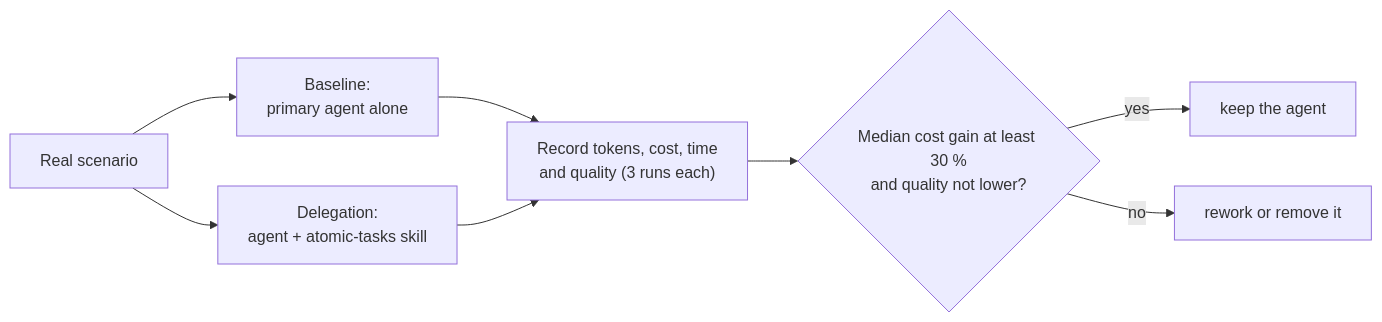
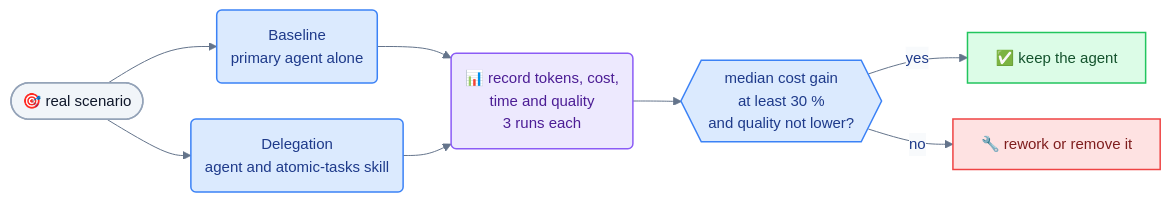
The diagram in docs/evaluation.md (HW-Agents-Forge/general-agents), drawn with Mermaid before and after one commit. The commit also changed 9 other files, not shown here.

First line of the commit message:
Modernize the Mermaid diagrams: shared palette, hexagon decisions, cleaner layouts

````diff
--- a/docs/evaluation.md
+++ b/docs/evaluation.md
@@ -11,10 +11,25 @@
 ```mermaid
+%%{init: {"theme":"base","themeVariables":{"fontFamily":"ui-sans-serif, system-ui, -apple-system, Segoe UI, Helvetica, Arial, sans-serif","fontSize":"15px","textColor":"#1e293b","lineColor":"#64748b","primaryColor":"#dbeafe","primaryBorderColor":"#3b82f6","primaryTextColor":"#1e3a8a","secondaryColor":"#ede9fe","tertiaryColor":"#f8fafc","edgeLabelBackground":"#f8fafc","clusterBkg":"#f8fafc","clusterBorder":"#cbd5e1","titleColor":"#334155"},"flowchart":{"curve":"basis","padding":14,"nodeSpacing":36,"rankSpacing":48,"htmlLabels":true}}}%%
 flowchart LR
-    S["Real scenario"] --> B["Baseline:<br/>primary agent alone"]
-    S --> D["Delegation:<br/>agent + atomic-tasks skill"]
-    B --> M["Record tokens, cost, time<br/>and quality (3 runs each)"]
-    D --> M
-    M --> G{"Median cost gain at least 30 %<br/>and quality not lower?"}
-    G -- yes --> K["keep the agent"]
-    G -- no --> W["rework or remove it"]
+    S(["🎯 real scenario"]) --> BL("Baseline<br/>primary agent alone")
+    S --> DL("Delegation<br/>agent and atomic-tasks skill")
+    BL --> M("📊 record tokens, cost,<br/>time and quality<br/>3 runs each")
+    DL --> M
+    M --> G{{"median cost gain<br/>at least 30 %<br/>and quality not lower?"}}
+    G -- "yes" --> K["✅ keep the agent"]
+    G -- "no" --> W["🔧 rework or remove it"]
+
+    classDef src fill:#dbeafe,stroke:#3b82f6,stroke-width:1.5px,color:#1e3a8a
+    classDef eng fill:#ede9fe,stroke:#8b5cf6,stroke-width:1.5px,color:#4c1d95
+    classDef out fill:#dcfce7,stroke:#22c55e,stroke-width:1.5px,color:#14532d
+    classDef agent fill:#fef3c7,stroke:#f59e0b,stroke-width:1.5px,color:#78350f
+    classDef bad fill:#fee2e2,stroke:#ef4444,stroke-width:1.5px,color:#7f1d1d
+    classDef quiet fill:#f1f5f9,stroke:#94a3b8,stroke-width:1.5px,color:#0f172a
+
+    class S quiet
+    class BL,DL src
+    class M eng
+    class G src
+    class K out
+    class W bad
 ```
````
